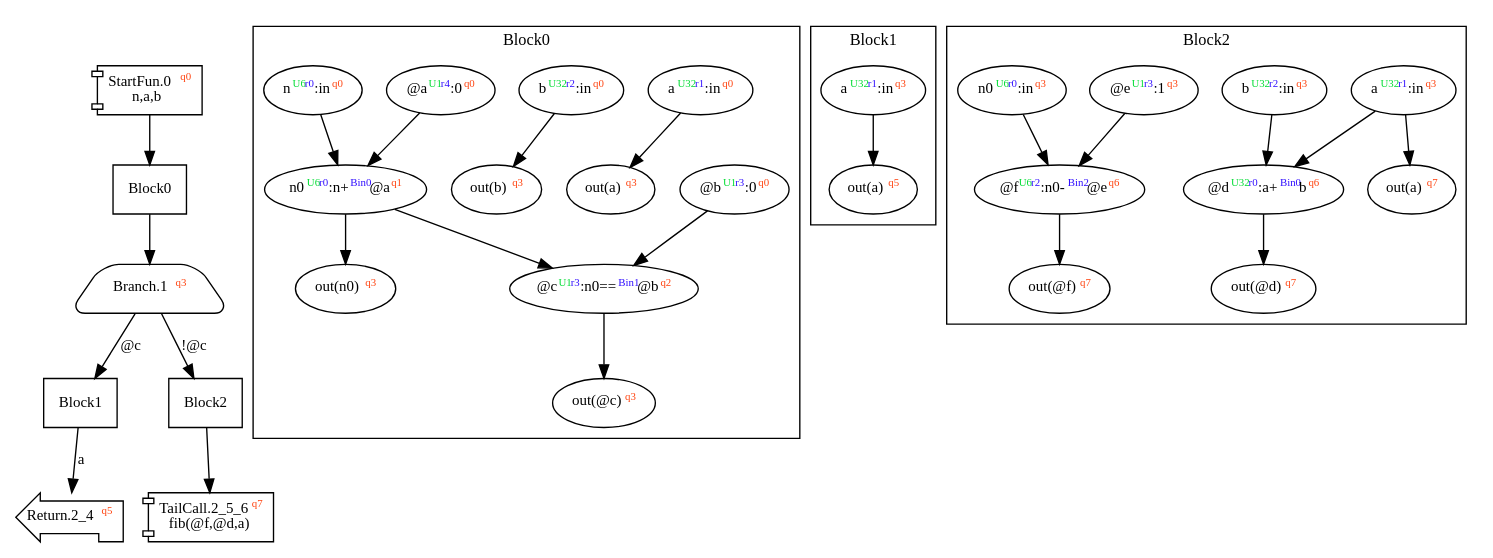
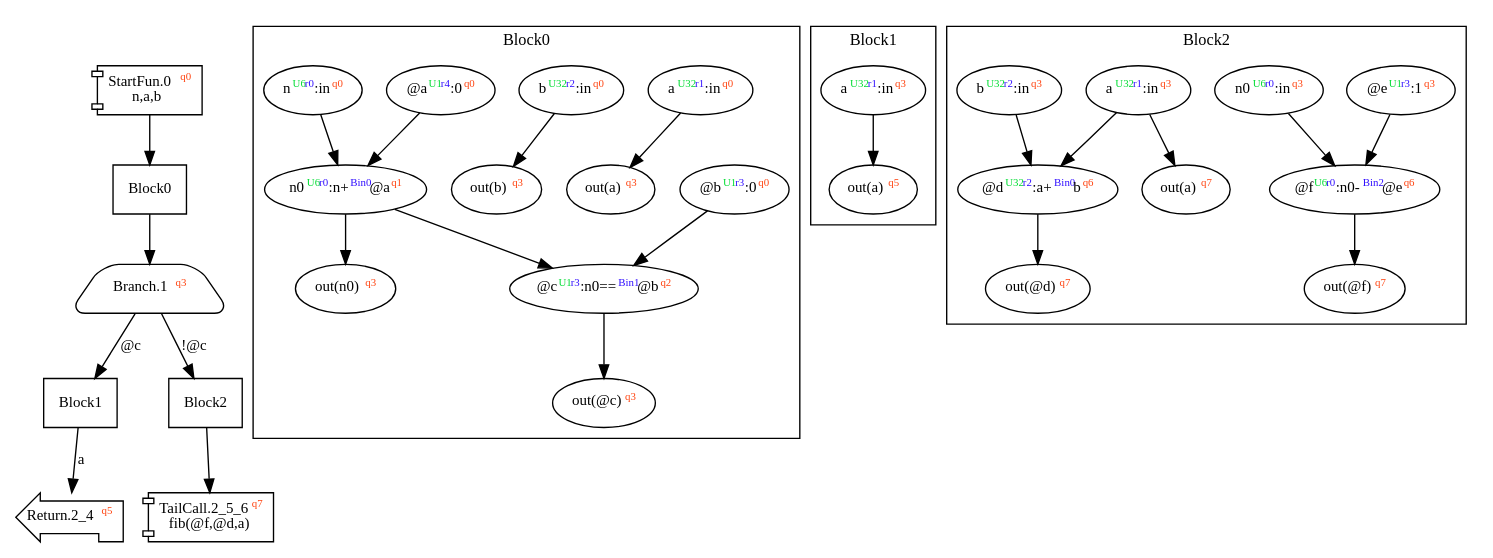
Before and after one commit to akouryy/SyntheScala: the diagram in dist/fib.dot, drawn with Graphviz. The commit also changed 27 other files, not shown here.

```diff
--- a/dist/fib.dot
+++ b/dist/fib.dot
@@ -1,46 +1,46 @@
 digraph Program_ {
 graph [fontname = "Monaco", fontsize = 12, ranksep = 0.5];
 node [shape = box, fontname = "Monaco", fontsize = 11; colorscheme = pastel19];
 edge [fontname = "Monaco", fontsize = 11; colorscheme = pastel19];
 Jump0[label = <StartFun.0<font color="#ff4411" point-size="8"><sup>q0</sup></font><br/>n,a,b>; shape = component];
 Jump0 -> Block0;
 Jump1[
   label = <Branch.1<font color="#ff4411" point-size="8"><sup>q3</sup></font>>;
   shape = trapezium; style = rounded;
 ];
 Block0 -> Jump1;
 Jump1 -> Block1 [label="@c"];
 Jump1 -> Block2 [label="!@c"];
 Jump2_4[label = <Return.2_4<font color="#ff4411" point-size="8"><sup>q5</sup></font>>; shape = lpromoter];
 Block1 -> Jump2_4 [label="a"];
 Jump2_5_6[label = <TailCall.2_5_6<font color="#ff4411" point-size="8"><sup>q7</sup></font><br/>fib(@f,@d,a)>; shape = component];
 Block2 -> Jump2_5_6;
 Block0 [label = "Block0"];
 Block1 [label = "Block1"];
 Block2 [label = "Block2"];
 subgraph cluster_dfg_Block0{
 node [shape = oval];
 label = "Block0";
-ndBlock0_0 [label=<out(b)<font color="#ff4411" point-size="8"><sup>q3</sup></font>>];ndBlock0_1 [label=<out(n0)<font color="#ff4411" point-size="8"><sup>q3</sup></font>>];ndBlock0_2 [label=<n0<font color="#00dd33" point-size="8"><sup>U6</sup></font><font color="#3311ff" point-size="8"><sup>r0</sup></font>:n+<font color="#3311ff" point-size="8"><sup>Bin0</sup></font>@a<font color="#ff4411" point-size="8"><sup>q1</sup></font>>];ndBlock0_3 [label=<@b<font color="#00dd33" point-size="8"><sup>U1</sup></font><font color="#3311ff" point-size="8"><sup>r3</sup></font>:0<font color="#ff4411" point-size="8"><sup>q0</sup></font>>];ndBlock0_4 [label=<out(@c)<font color="#ff4411" point-size="8"><sup>q3</sup></font>>];ndBlock0_5 [label=<@c<font color="#00dd33" point-size="8"><sup>U1</sup></font><font color="#3311ff" point-size="8"><sup>r3</sup></font>:n0==<font color="#3311ff" point-size="8"><sup>Bin1</sup></font>@b<font color="#ff4411" point-size="8"><sup>q2</sup></font>>];ndBlock0_6 [label=<a<font color="#00dd33" point-size="8"><sup>U32</sup></font><font color="#3311ff" point-size="8"><sup>r1</sup></font>:in<font color="#ff4411" point-size="8"><sup>q0</sup></font>>];ndBlock0_7 [label=<b<font color="#00dd33" point-size="8"><sup>U32</sup></font><font color="#3311ff" point-size="8"><sup>r2</sup></font>:in<font color="#ff4411" point-size="8"><sup>q0</sup></font>>];ndBlock0_8 [label=<out(a)<font color="#ff4411" point-size="8"><sup>q3</sup></font>>];ndBlock0_9 [label=<@a<font color="#00dd33" point-size="8"><sup>U1</sup></font><font color="#3311ff" point-size="8"><sup>r4</sup></font>:0<font color="#ff4411" point-size="8"><sup>q0</sup></font>>];ndBlock0_10 [label=<n<font color="#00dd33" point-size="8"><sup>U6</sup></font><font color="#3311ff" point-size="8"><sup>r0</sup></font>:in<font color="#ff4411" point-size="8"><sup>q0</sup></font>>];ndBlock0_6 -> ndBlock0_8;
-ndBlock0_9 -> ndBlock0_2;
-ndBlock0_10 -> ndBlock0_2;
-ndBlock0_2 -> ndBlock0_5;
-ndBlock0_3 -> ndBlock0_5;
-ndBlock0_5 -> ndBlock0_4;
-ndBlock0_7 -> ndBlock0_0;
-ndBlock0_2 -> ndBlock0_1;
+ndBlock0_0 [label=<out(b)<font color="#ff4411" point-size="8"><sup>q3</sup></font>>];ndBlock0_1 [label=<out(n0)<font color="#ff4411" point-size="8"><sup>q3</sup></font>>];ndBlock0_2 [label=<@b<font color="#00dd33" point-size="8"><sup>U1</sup></font><font color="#3311ff" point-size="8"><sup>r3</sup></font>:0<font color="#ff4411" point-size="8"><sup>q0</sup></font>>];ndBlock0_3 [label=<out(@c)<font color="#ff4411" point-size="8"><sup>q3</sup></font>>];ndBlock0_4 [label=<a<font color="#00dd33" point-size="8"><sup>U32</sup></font><font color="#3311ff" point-size="8"><sup>r1</sup></font>:in<font color="#ff4411" point-size="8"><sup>q0</sup></font>>];ndBlock0_5 [label=<b<font color="#00dd33" point-size="8"><sup>U32</sup></font><font color="#3311ff" point-size="8"><sup>r2</sup></font>:in<font color="#ff4411" point-size="8"><sup>q0</sup></font>>];ndBlock0_6 [label=<out(a)<font color="#ff4411" point-size="8"><sup>q3</sup></font>>];ndBlock0_7 [label=<n0<font color="#00dd33" point-size="8"><sup>U6</sup></font><font color="#3311ff" point-size="8"><sup>r0</sup></font>:n+<font color="#3311ff" point-size="8"><sup>Bin0</sup></font>@a<font color="#ff4411" point-size="8"><sup>q1</sup></font>>];ndBlock0_8 [label=<@c<font color="#00dd33" point-size="8"><sup>U1</sup></font><font color="#3311ff" point-size="8"><sup>r3</sup></font>:n0==<font color="#3311ff" point-size="8"><sup>Bin1</sup></font>@b<font color="#ff4411" point-size="8"><sup>q2</sup></font>>];ndBlock0_9 [label=<@a<font color="#00dd33" point-size="8"><sup>U1</sup></font><font color="#3311ff" point-size="8"><sup>r4</sup></font>:0<font color="#ff4411" point-size="8"><sup>q0</sup></font>>];ndBlock0_10 [label=<n<font color="#00dd33" point-size="8"><sup>U6</sup></font><font color="#3311ff" point-size="8"><sup>r0</sup></font>:in<font color="#ff4411" point-size="8"><sup>q0</sup></font>>];ndBlock0_4 -> ndBlock0_6;
+ndBlock0_8 -> ndBlock0_3;
+ndBlock0_5 -> ndBlock0_0;
+ndBlock0_7 -> ndBlock0_1;
+ndBlock0_9 -> ndBlock0_7;
+ndBlock0_10 -> ndBlock0_7;
+ndBlock0_2 -> ndBlock0_8;
+ndBlock0_7 -> ndBlock0_8;
 }subgraph cluster_dfg_Block1{
 node [shape = oval];
 label = "Block1";
 ndBlock1_0 [label=<a<font color="#00dd33" point-size="8"><sup>U32</sup></font><font color="#3311ff" point-size="8"><sup>r1</sup></font>:in<font color="#ff4411" point-size="8"><sup>q3</sup></font>>];ndBlock1_1 [label=<out(a)<font color="#ff4411" point-size="8"><sup>q5</sup></font>>];ndBlock1_0 -> ndBlock1_1;
 }subgraph cluster_dfg_Block2{
 node [shape = oval];
 label = "Block2";
-ndBlock2_0 [label=<@e<font color="#00dd33" point-size="8"><sup>U1</sup></font><font color="#3311ff" point-size="8"><sup>r3</sup></font>:1<font color="#ff4411" point-size="8"><sup>q3</sup></font>>];ndBlock2_1 [label=<@f<font color="#00dd33" point-size="8"><sup>U6</sup></font><font color="#3311ff" point-size="8"><sup>r2</sup></font>:n0-<font color="#3311ff" point-size="8"><sup>Bin2</sup></font>@e<font color="#ff4411" point-size="8"><sup>q6</sup></font>>];ndBlock2_2 [label=<out(@d)<font color="#ff4411" point-size="8"><sup>q7</sup></font>>];ndBlock2_3 [label=<@d<font color="#00dd33" point-size="8"><sup>U32</sup></font><font color="#3311ff" point-size="8"><sup>r0</sup></font>:a+<font color="#3311ff" point-size="8"><sup>Bin0</sup></font>b<font color="#ff4411" point-size="8"><sup>q6</sup></font>>];ndBlock2_4 [label=<a<font color="#00dd33" point-size="8"><sup>U32</sup></font><font color="#3311ff" point-size="8"><sup>r1</sup></font>:in<font color="#ff4411" point-size="8"><sup>q3</sup></font>>];ndBlock2_5 [label=<out(a)<font color="#ff4411" point-size="8"><sup>q7</sup></font>>];ndBlock2_6 [label=<out(@f)<font color="#ff4411" point-size="8"><sup>q7</sup></font>>];ndBlock2_7 [label=<b<font color="#00dd33" point-size="8"><sup>U32</sup></font><font color="#3311ff" point-size="8"><sup>r2</sup></font>:in<font color="#ff4411" point-size="8"><sup>q3</sup></font>>];ndBlock2_8 [label=<n0<font color="#00dd33" point-size="8"><sup>U6</sup></font><font color="#3311ff" point-size="8"><sup>r0</sup></font>:in<font color="#ff4411" point-size="8"><sup>q3</sup></font>>];ndBlock2_4 -> ndBlock2_5;
-ndBlock2_3 -> ndBlock2_2;
-ndBlock2_1 -> ndBlock2_6;
-ndBlock2_4 -> ndBlock2_3;
-ndBlock2_7 -> ndBlock2_3;
-ndBlock2_0 -> ndBlock2_1;
-ndBlock2_8 -> ndBlock2_1;
+ndBlock2_0 [label=<@e<font color="#00dd33" point-size="8"><sup>U1</sup></font><font color="#3311ff" point-size="8"><sup>r3</sup></font>:1<font color="#ff4411" point-size="8"><sup>q3</sup></font>>];ndBlock2_1 [label=<out(@d)<font color="#ff4411" point-size="8"><sup>q7</sup></font>>];ndBlock2_2 [label=<a<font color="#00dd33" point-size="8"><sup>U32</sup></font><font color="#3311ff" point-size="8"><sup>r1</sup></font>:in<font color="#ff4411" point-size="8"><sup>q3</sup></font>>];ndBlock2_3 [label=<out(a)<font color="#ff4411" point-size="8"><sup>q7</sup></font>>];ndBlock2_4 [label=<out(@f)<font color="#ff4411" point-size="8"><sup>q7</sup></font>>];ndBlock2_5 [label=<b<font color="#00dd33" point-size="8"><sup>U32</sup></font><font color="#3311ff" point-size="8"><sup>r2</sup></font>:in<font color="#ff4411" point-size="8"><sup>q3</sup></font>>];ndBlock2_6 [label=<n0<font color="#00dd33" point-size="8"><sup>U6</sup></font><font color="#3311ff" point-size="8"><sup>r0</sup></font>:in<font color="#ff4411" point-size="8"><sup>q3</sup></font>>];ndBlock2_7 [label=<@d<font color="#00dd33" point-size="8"><sup>U32</sup></font><font color="#3311ff" point-size="8"><sup>r2</sup></font>:a+<font color="#3311ff" point-size="8"><sup>Bin0</sup></font>b<font color="#ff4411" point-size="8"><sup>q6</sup></font>>];ndBlock2_8 [label=<@f<font color="#00dd33" point-size="8"><sup>U6</sup></font><font color="#3311ff" point-size="8"><sup>r0</sup></font>:n0-<font color="#3311ff" point-size="8"><sup>Bin2</sup></font>@e<font color="#ff4411" point-size="8"><sup>q6</sup></font>>];ndBlock2_2 -> ndBlock2_3;
+ndBlock2_7 -> ndBlock2_1;
+ndBlock2_8 -> ndBlock2_4;
+ndBlock2_2 -> ndBlock2_7;
+ndBlock2_5 -> ndBlock2_7;
+ndBlock2_0 -> ndBlock2_8;
+ndBlock2_6 -> ndBlock2_8;
 }}
```
